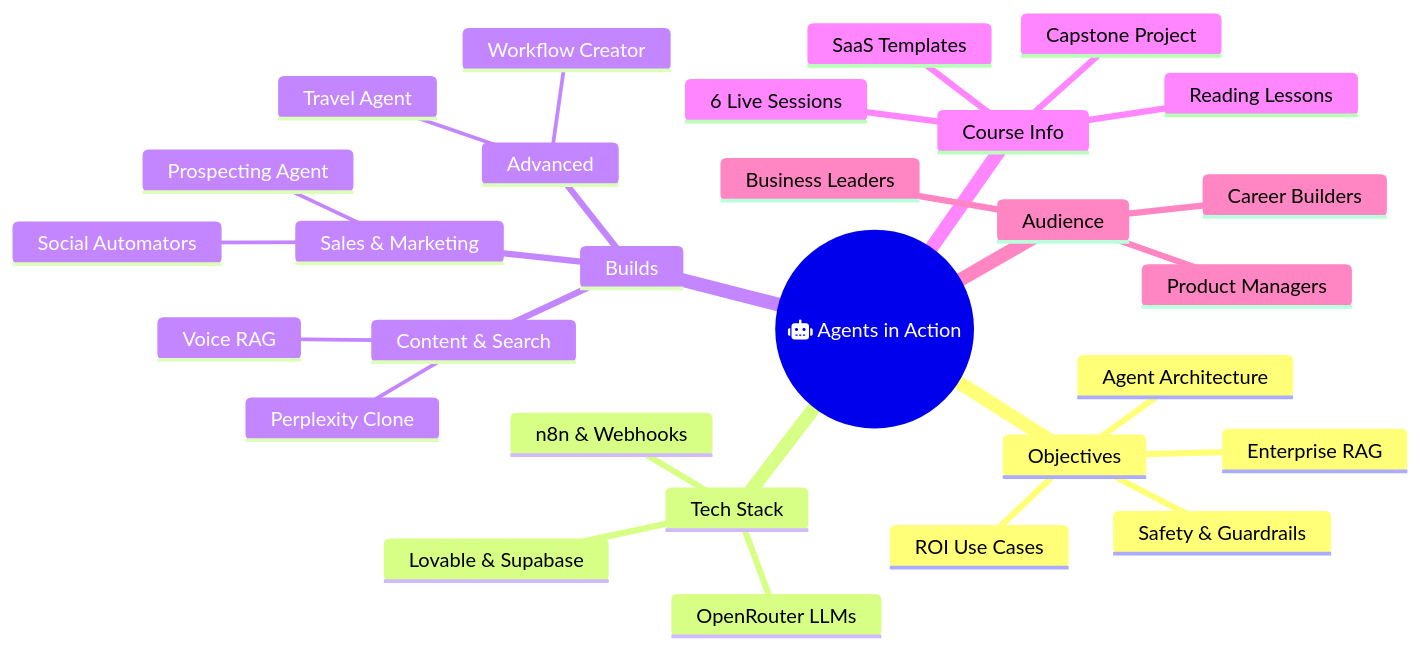
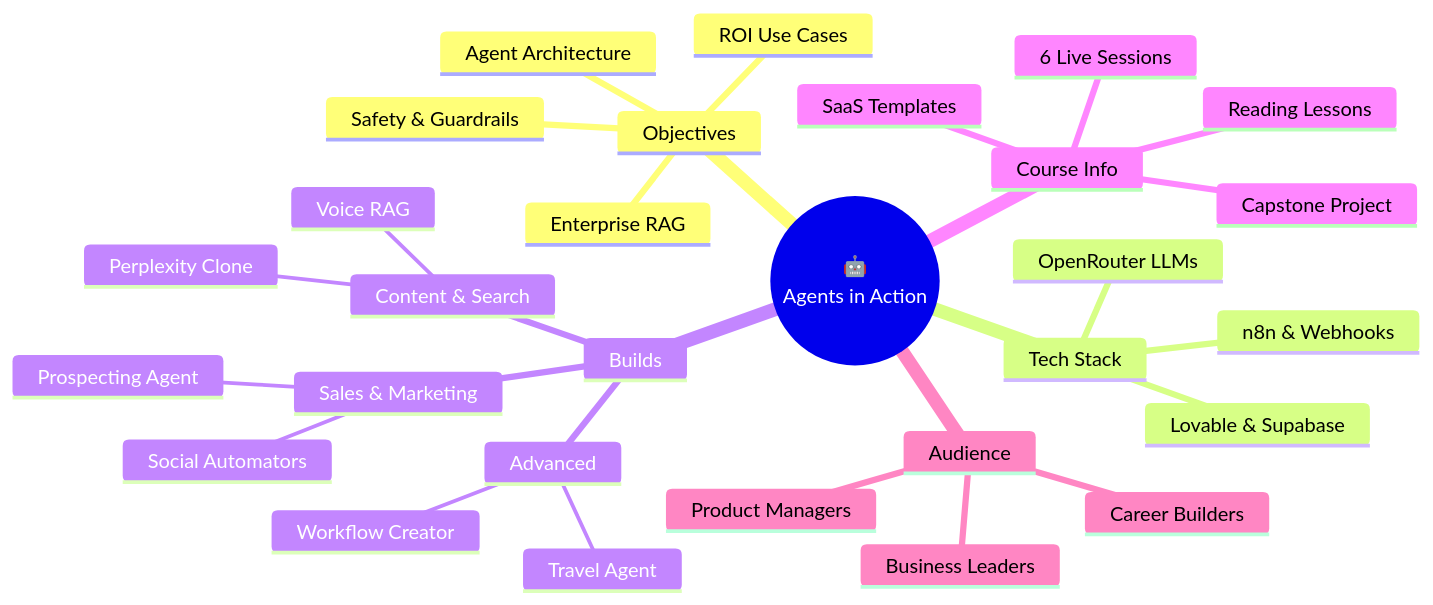
One commit to traversaal-ai/agents-in-action changed the diagram in README.md. Above: the diagram before and after it, drawn with Mermaid.

Commit message:
add agent icon

````diff
--- a/README.md
+++ b/README.md
@@ -16,37 +16,37 @@
 ```mermaid
 mindmap
-root((fa:fa-robot Agents in Action))
+root((🤖<br/>Agents in Action))
   Objectives
     ::icon(fa fa-bullseye)
     ROI Use Cases
     Agent Architecture
     Enterprise RAG
     Safety & Guardrails
   Tech Stack
     ::icon(fa fa-layer-group)
     n8n & Webhooks
     Lovable & Supabase
     OpenRouter LLMs
   Builds
     ::icon(fa fa-hammer)
     Sales & Marketing
       Prospecting Agent
       Social Automators
     Content & Search
       Perplexity Clone
       Voice RAG
     Advanced
       Travel Agent
       Workflow Creator
   Course Info
     ::icon(fa fa-calendar-check)
     6 Live Sessions
     Reading Lessons
     Capstone Project
     SaaS Templates
   Audience
     ::icon(fa fa-users)
     Product Managers
     Business Leaders
     Career Builders
 ```
````
